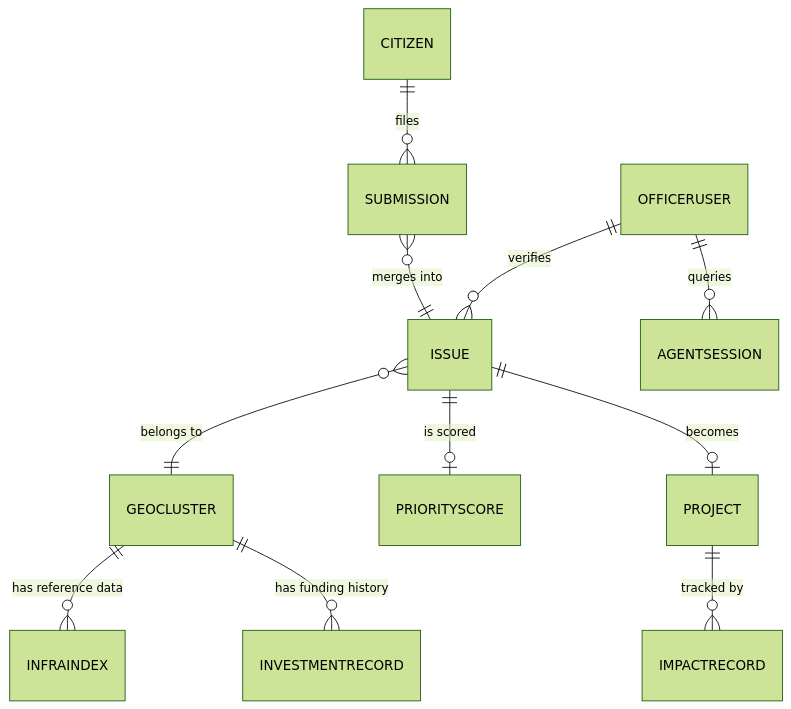
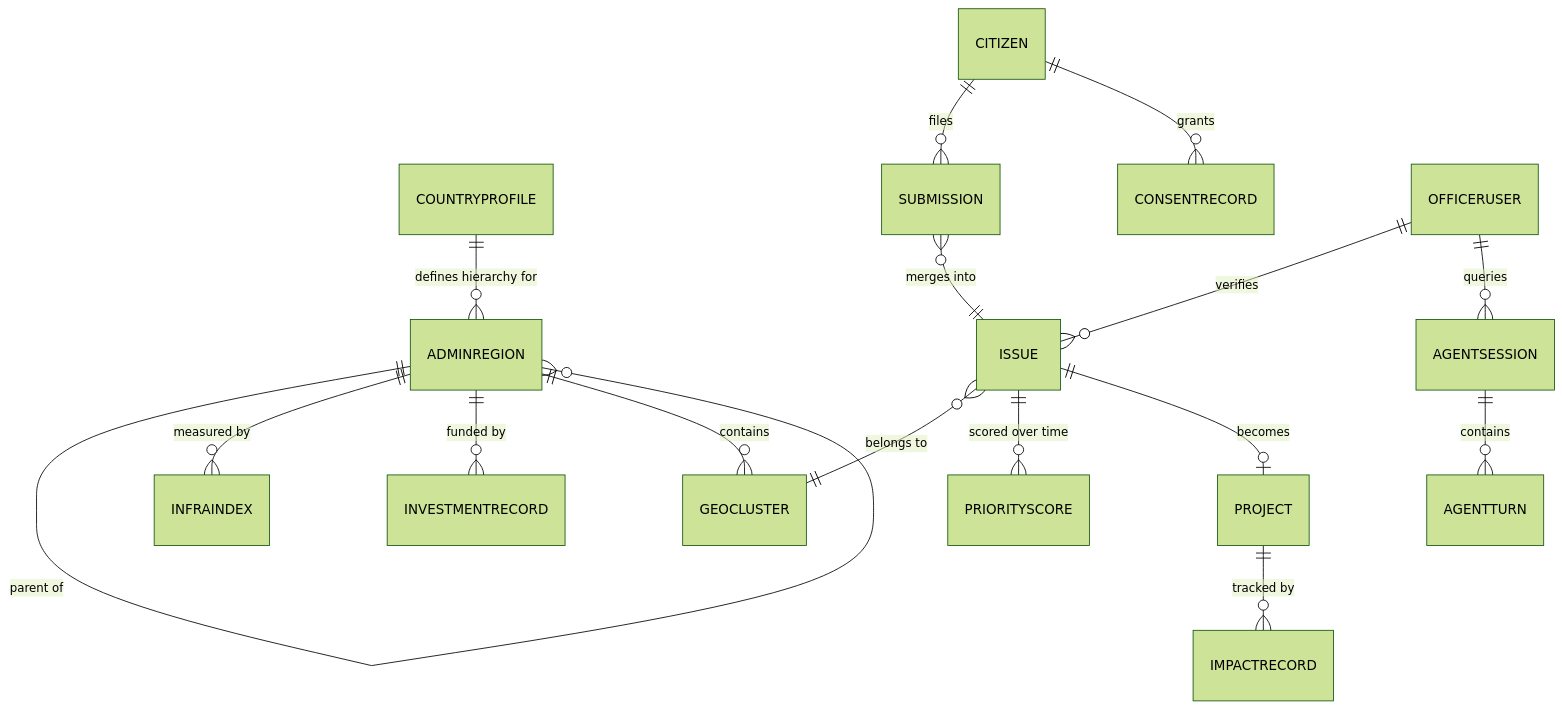
Before and after one commit to Monolithic-Dev/Pramaan: the diagram in docs/DATA_MODEL.md, drawn with Mermaid (forest theme). The commit also changed other lines of this file and 14 other files, not shown here.

````diff
--- a/docs/DATA_MODEL.md
+++ b/docs/DATA_MODEL.md
@@ -5,13 +7,18 @@
 ```mermaid
 erDiagram
+  COUNTRYPROFILE ||--o{ ADMINREGION : "defines hierarchy for"
+  ADMINREGION ||--o{ ADMINREGION : "parent of"
+  ADMINREGION ||--o{ INFRAINDEX : "measured by"
+  ADMINREGION ||--o{ INVESTMENTRECORD : "funded by"
+  ADMINREGION ||--o{ GEOCLUSTER : contains
   CITIZEN ||--o{ SUBMISSION : files
+  CITIZEN ||--o{ CONSENTRECORD : grants
   SUBMISSION }o--|| ISSUE : "merges into"
   ISSUE }o--|| GEOCLUSTER : "belongs to"
-  GEOCLUSTER ||--o{ INFRAINDEX : "has reference data"
-  GEOCLUSTER ||--o{ INVESTMENTRECORD : "has funding history"
-  ISSUE ||--o| PRIORITYSCORE : "is scored"
-  ISSUE ||--o| PROJECT : "becomes"
+  ISSUE ||--o{ PRIORITYSCORE : "scored over time"
+  ISSUE ||--o| PROJECT : becomes
   PROJECT ||--o{ IMPACTRECORD : "tracked by"
   OFFICERUSER ||--o{ ISSUE : verifies
-  OFFICERUSER ||--o{ AGENTSESSION : "queries"
+  OFFICERUSER ||--o{ AGENTSESSION : queries
+  AGENTSESSION ||--o{ AGENTTURN : contains
 ```
````
